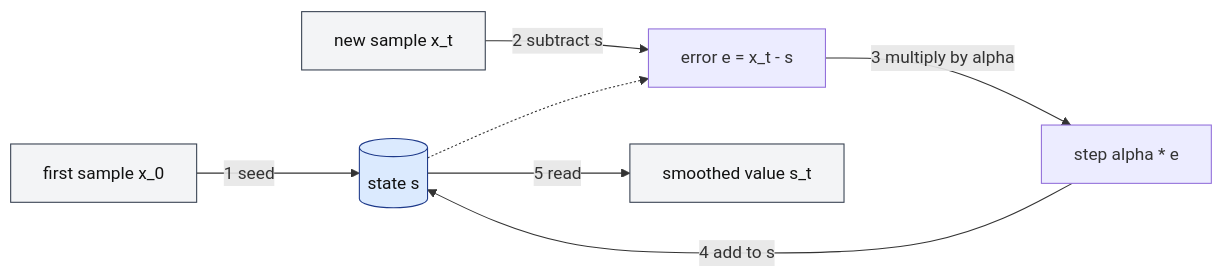
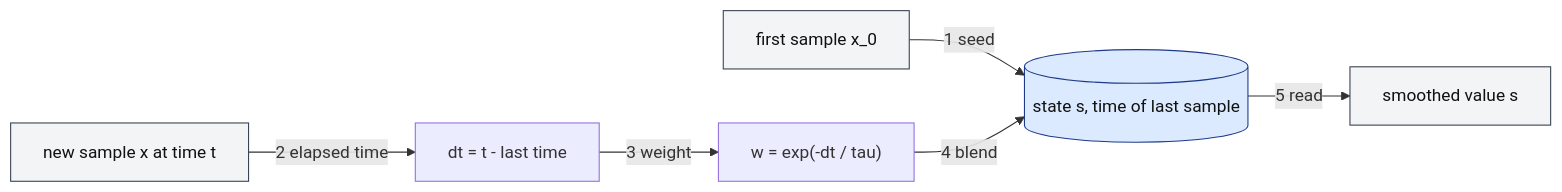
The diagram in sllmwiki/narratives/what-is-an-ewma-exponentially-weighted-moving-average-and-how-does-it-work.md (mengjiasun1992/sllmwiki-demo), drawn with Mermaid before and after one commit. The commit also changed other lines of this file and 3 other files, not shown here.

````diff
--- a/sllmwiki/narratives/what-is-an-ewma-exponentially-weighted-moving-average-and-how-does-it-work.md
+++ b/sllmwiki/narratives/what-is-an-ewma-exponentially-weighted-moving-average-and-how-does-it-work.md
@@ -47,13 +46,12 @@
 ```mermaid
 flowchart LR
-    F["first sample x_0"] -->|"1 seed"| S[("state s")]
-    X["new sample x_t"] -->|"2 subtract s"| E["error e = x_t - s"]
-    S -.-> E
-    E -->|"3 multiply by alpha"| D["step alpha * e"]
-    D -->|"4 add to s"| S
-    S -->|"5 read"| O["smoothed value s_t"]
+    F["first sample x_0"] -->|"1 seed"| S[("state s, time of last sample")]
+    X["new sample x at time t"] -->|"2 elapsed time"| D["dt = t - last time"]
+    D -->|"3 weight"| W["w = exp(-dt / tau)"]
+    W -->|"4 blend"| S
+    S -->|"5 read"| O["smoothed value s"]
     classDef state fill:#dbeafe,stroke:#1e3a8a,color:#111111
     classDef io fill:#f3f4f6,stroke:#374151,color:#111111
     class S state
     class F,X,O io
 ```
````
